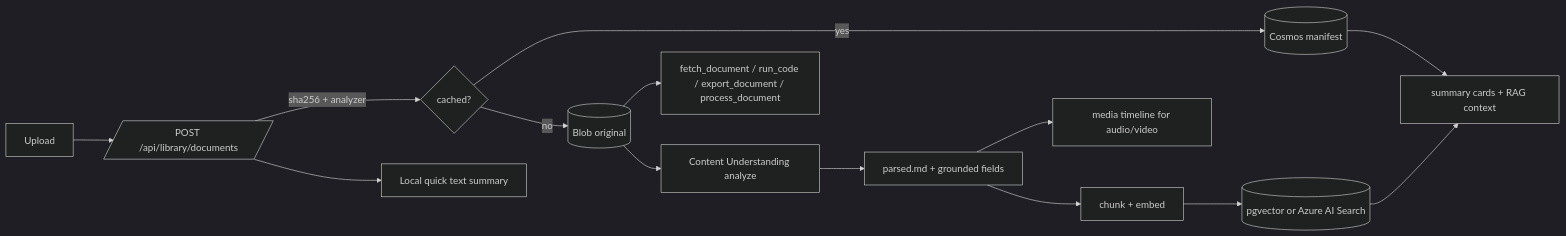
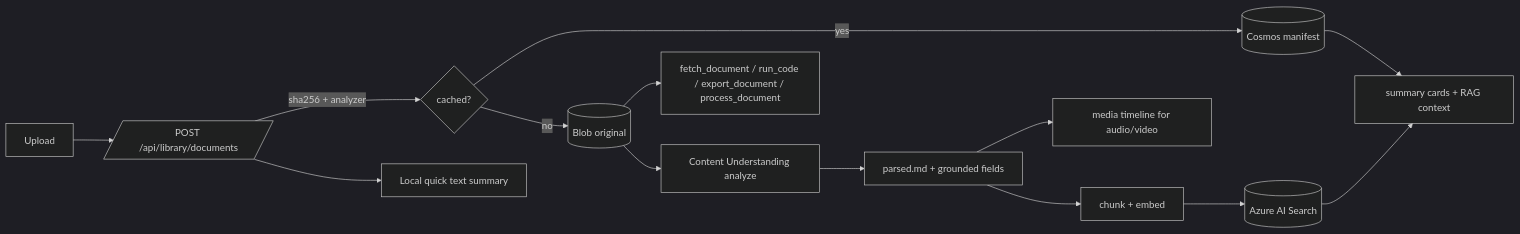
The diagram in docs/document-multimodal-understanding.md (ian-t-adams/AI4IA), drawn with Mermaid (dark theme) before and after one commit. The commit also changed other lines of this file and 30 other files, not shown here.

````diff
--- a/docs/document-multimodal-understanding.md
+++ b/docs/document-multimodal-understanding.md
@@ -30,16 +30,16 @@
 ```mermaid
 flowchart LR
   U[Upload] --> API[/POST /api/library/documents/]
   API -->|sha256 + analyzer| DEDUPE{cached?}
   DEDUPE -->|yes| COS[(Cosmos manifest)]
   DEDUPE -->|no| BLOB[(Blob original)]
   API --> QUICK[Local quick text summary]
   BLOB --> CU[Content Understanding analyze]
   CU --> PARSED[parsed.md + grounded fields]
   PARSED --> CHUNKS[chunk + embed]
   PARSED --> MEDIA[media timeline for audio/video]
-  CHUNKS --> VECTOR[(pgvector or Azure AI Search)]
+  CHUNKS --> VECTOR[(Azure AI Search)]
   COS --> CHAT[summary cards + RAG context]
   VECTOR --> CHAT
   BLOB --> TOOLS[fetch_document / run_code / export_document / process_document]
 ```
````
